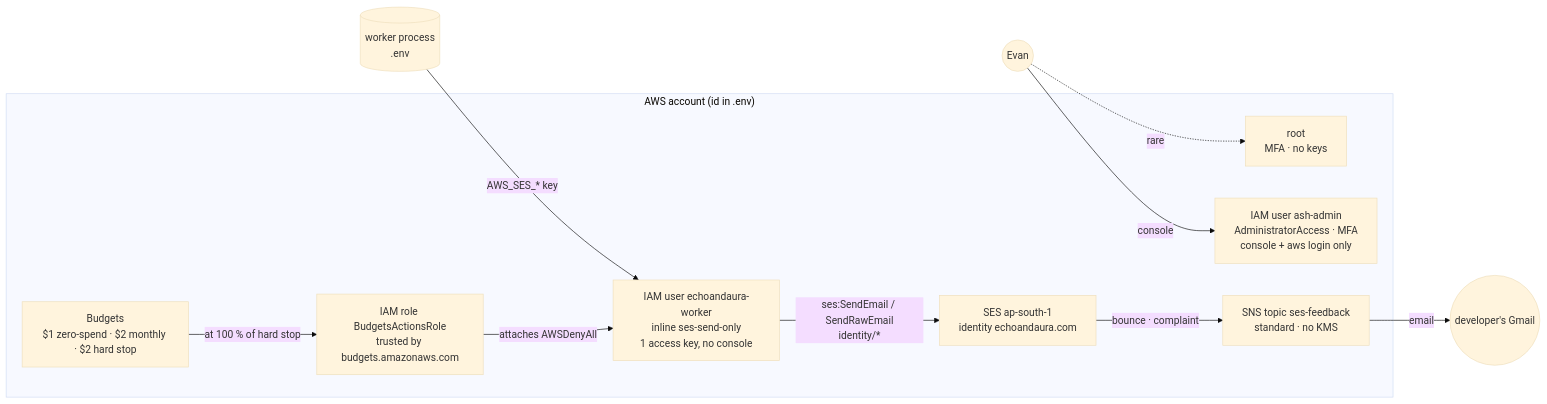
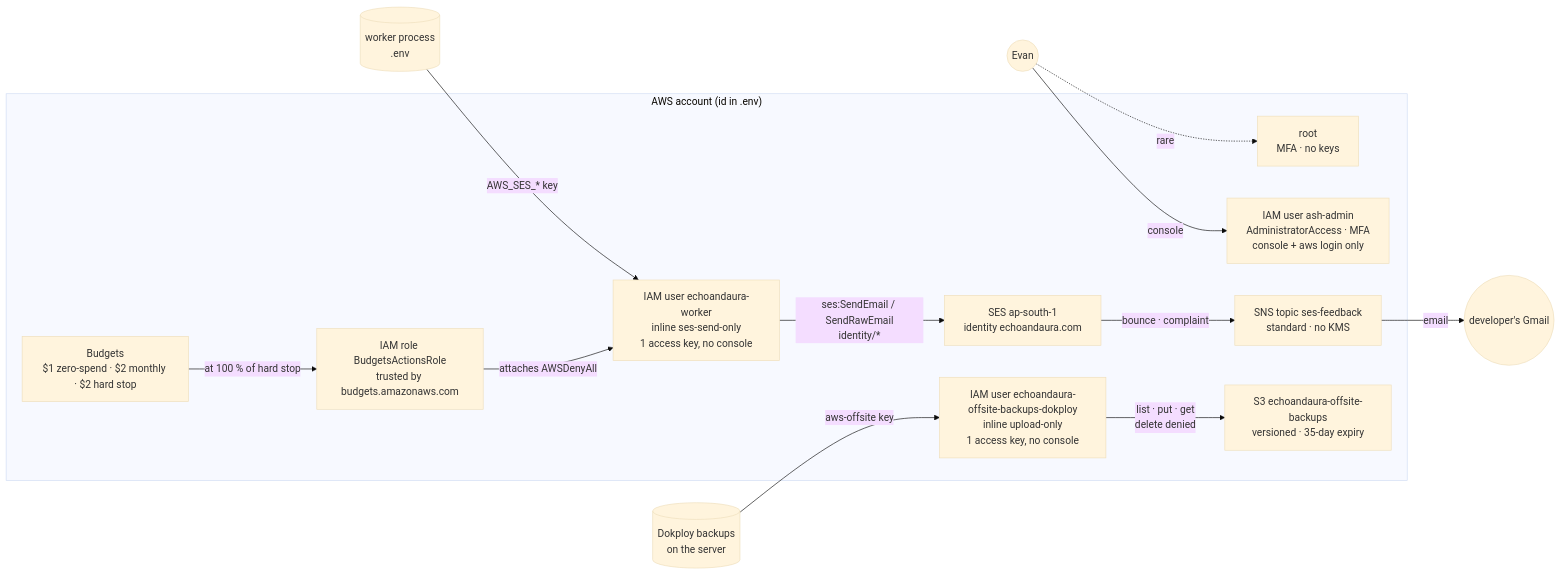
The first of 2 diagrams in docs/infra/AWS.md (Ashfak-Hossain/EchoAndAura), drawn with Mermaid (base theme) before and after one commit. The commit also changed other lines of this file and 7 other files, not shown here.

````diff
--- a/docs/infra/AWS.md
+++ b/docs/infra/AWS.md
@@ -38,20 +41,24 @@
 ```mermaid
 flowchart LR
   subgraph account["AWS account (id in .env)"]
     root["root\nMFA · no keys"]
     admin["IAM user ash-admin\nAdministratorAccess · MFA\nconsole + aws login only"]
     worker["IAM user echoandaura-worker\ninline ses-send-only\n1 access key, no console"]
     role["IAM role BudgetsActionsRole\ntrusted by budgets.amazonaws.com"]
     ses["SES ap-south-1\nidentity echoandaura.com"]
     budgets["Budgets\n$1 zero-spend · $2 monthly · $2 hard stop"]
     sns["SNS topic ses-feedback\nstandard · no KMS"]
+    offsite["IAM user echoandaura-offsite-backups-dokploy\ninline upload-only\n1 access key, no console"]
+    bucket["S3 echoandaura-offsite-backups\nversioned · 35-day expiry"]
   end
   evan((Evan)) -->|console| admin
   evan -.->|rare| root
   app[(worker process\n.env)] -->|AWS_SES_* key| worker
   worker -->|ses:SendEmail / SendRawEmail\nidentity/*| ses
   budgets -->|at 100 % of hard stop| role
   role -->|attaches AWSDenyAll| worker
   ses -->|bounce · complaint| sns
+  dokploy[(Dokploy backups\non the server)] -->|aws-offsite key| offsite
+  offsite -->|list · put · get\ndelete denied| bucket
   sns -->|email| dev((developer's Gmail))
 ```
````
